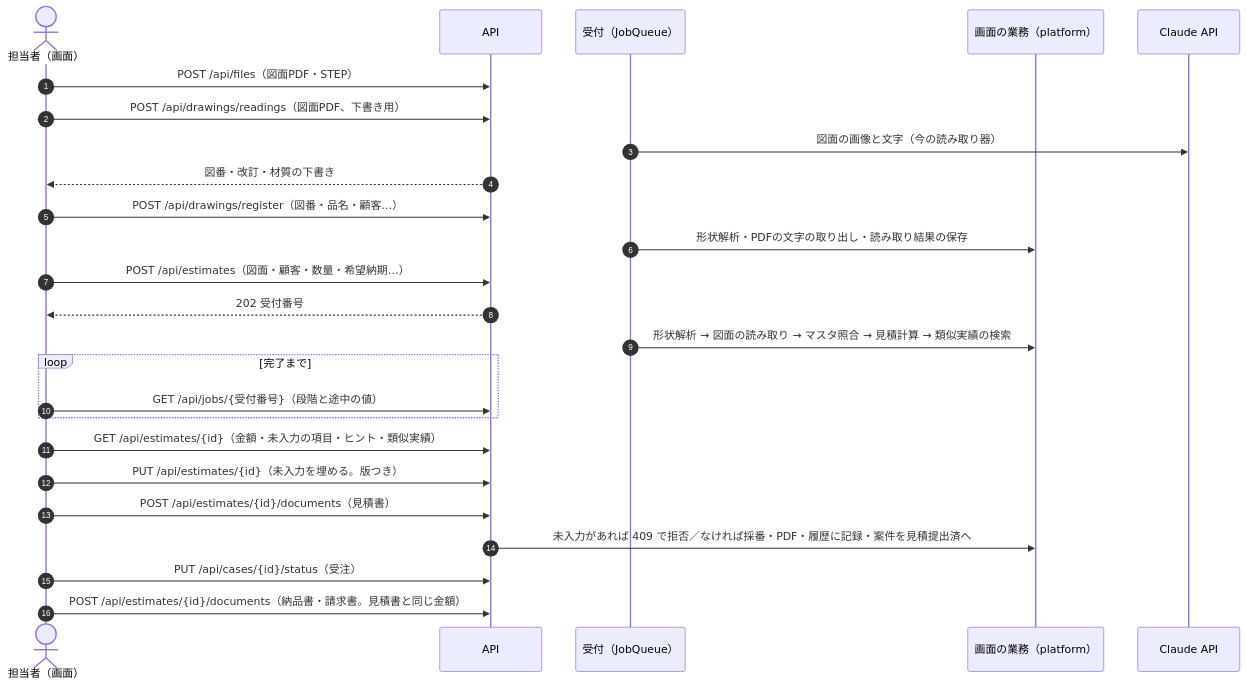
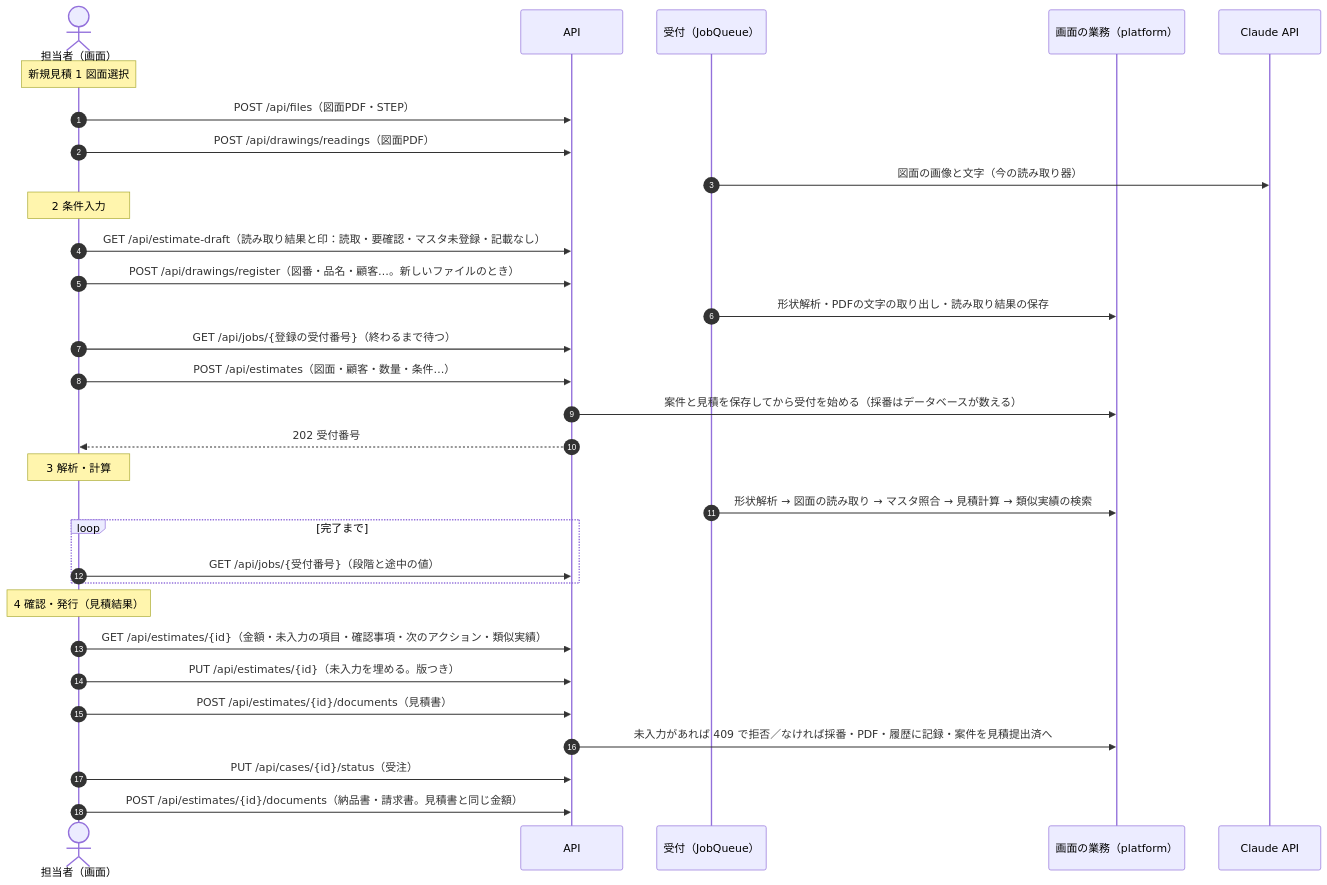
One commit to 1975020t/step_analysis_for_automatic-estimate changed the second of 11 diagrams in docs/02_設計書.md. Above: the diagram before and after it, drawn with Mermaid. The commit also changed other lines of this file and 24 other files, not shown here.

````diff
--- a/docs/02_設計書.md
+++ b/docs/02_設計書.md
@@ -37,27 +37,33 @@
 ```mermaid 図 図面の登録から見積書の発行まで
 sequenceDiagram
   autonumber
   actor U as 担当者（画面）
   participant A as API
   participant J as 受付（JobQueue）
   participant P as 画面の業務（platform）
   participant L as Claude API
+  Note over U: 新規見積 1 図面選択
   U->>A: POST /api/files（図面PDF・STEP）
-  U->>A: POST /api/drawings/readings（図面PDF、下書き用）
+  U->>A: POST /api/drawings/readings（図面PDF）
   J->>L: 図面の画像と文字（今の読み取り器）
-  A-->>U: 図番・改訂・材質の下書き
-  U->>A: POST /api/drawings/register（図番・品名・顧客…）
+  Note over U: 2 条件入力
+  U->>A: GET /api/estimate-draft（読み取り結果と印：読取・要確認・マスタ未登録・記載なし）
+  U->>A: POST /api/drawings/register（図番・品名・顧客…。新しいファイルのとき）
   J->>P: 形状解析・PDFの文字の取り出し・読み取り結果の保存
-  U->>A: POST /api/estimates（図面・顧客・数量・希望納期…）
+  U->>A: GET /api/jobs/{登録の受付番号}（終わるまで待つ）
+  U->>A: POST /api/estimates（図面・顧客・数量・条件…）
+  A->>P: 案件と見積を保存してから受付を始める（採番はデータベースが数える）
   A-->>U: 202 受付番号
+  Note over U: 3 解析・計算
   J->>P: 形状解析 → 図面の読み取り → マスタ照合 → 見積計算 → 類似実績の検索
   loop 完了まで
     U->>A: GET /api/jobs/{受付番号}（段階と途中の値）
   end
-  U->>A: GET /api/estimates/{id}（金額・未入力の項目・ヒント・類似実績）
+  Note over U: 4 確認・発行（見積結果）
+  U->>A: GET /api/estimates/{id}（金額・未入力の項目・確認事項・次のアクション・類似実績）
   U->>A: PUT /api/estimates/{id}（未入力を埋める。版つき）
   U->>A: POST /api/estimates/{id}/documents（見積書）
   A->>P: 未入力があれば 409 で拒否／なければ採番・PDF・履歴に記録・案件を見積提出済へ
   U->>A: PUT /api/cases/{id}/status（受注）
   U->>A: POST /api/estimates/{id}/documents（納品書・請求書。見積書と同じ金額）
 ```
````
